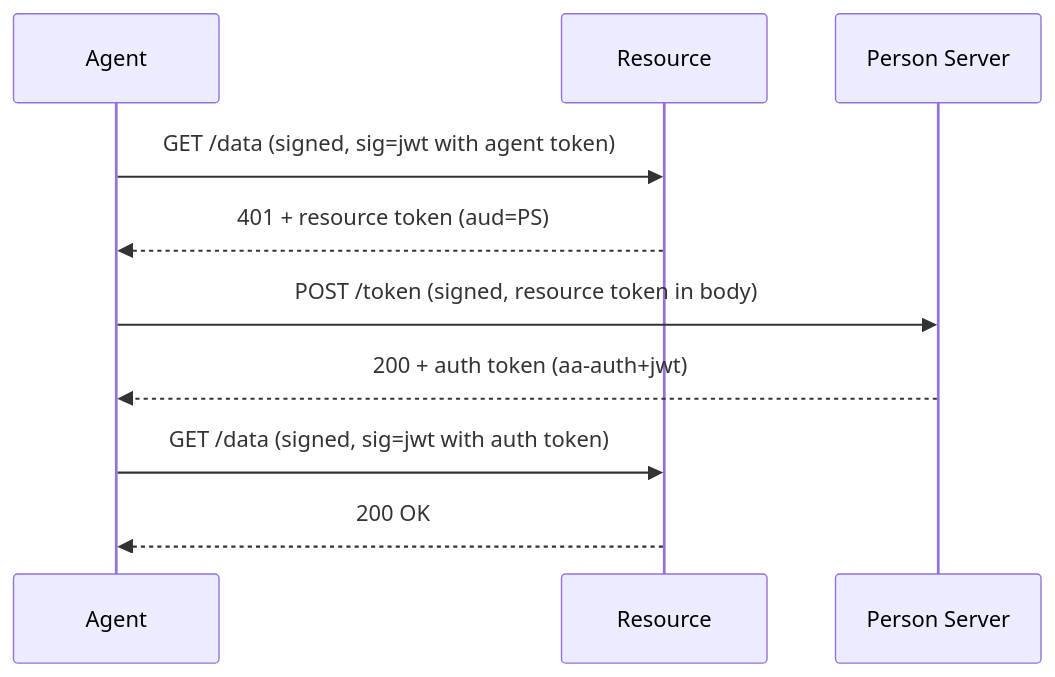
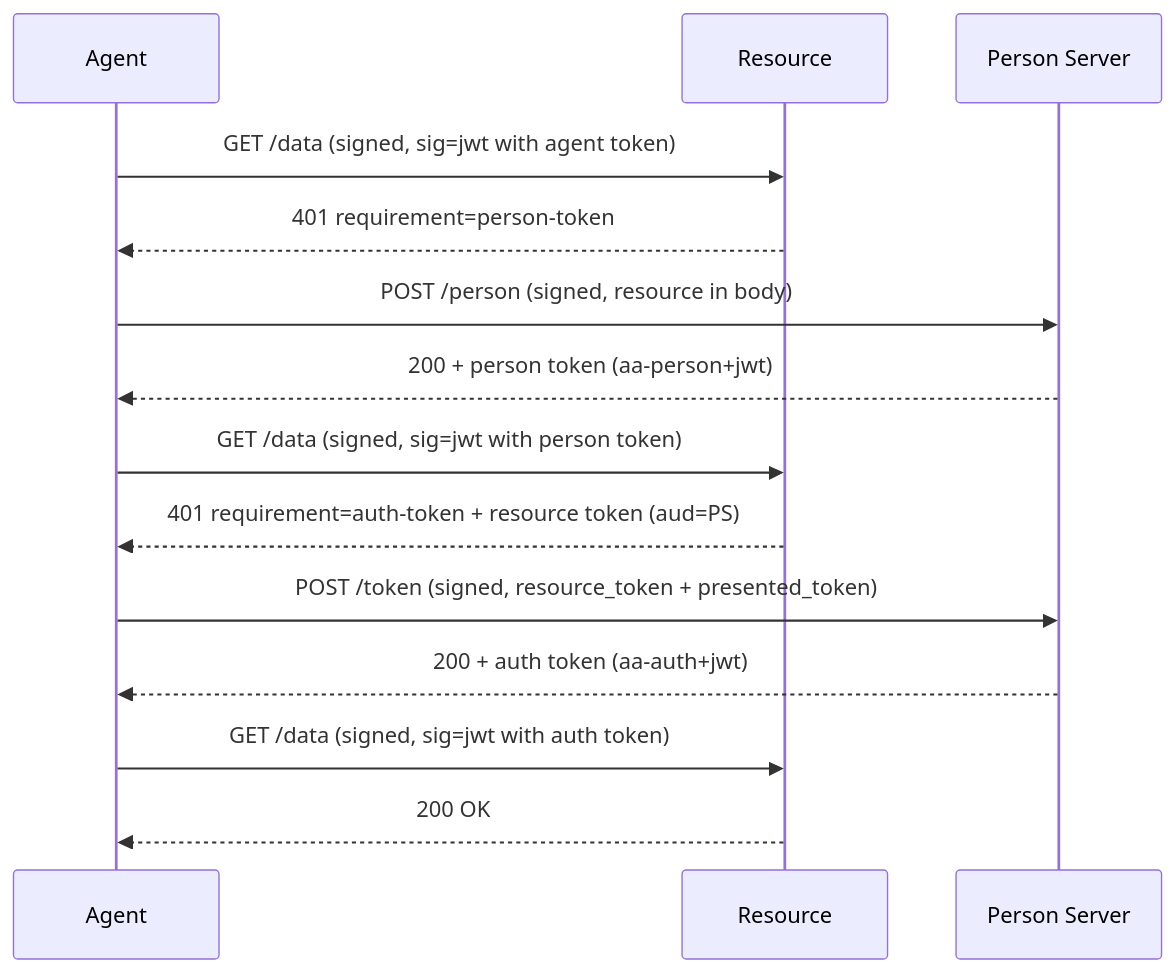
One commit to aauth-dev/dotnet-samples changed the diagram in docs/workflows/ps-asserted-access.md. Above: the diagram before and after it, drawn with Mermaid. The commit also changed other lines of this file and 26 other files, not shown here.

````diff
--- a/docs/workflows/ps-asserted-access.md
+++ b/docs/workflows/ps-asserted-access.md
@@ -11,12 +15,16 @@
 ```mermaid
 sequenceDiagram
     participant Agent
     participant Resource
     participant PS as Person Server
     Agent->>Resource: GET /data (signed, sig=jwt with agent token)
-    Resource-->>Agent: 401 + resource token (aud=PS)
-    Agent->>PS: POST /token (signed, resource token in body)
+    Resource-->>Agent: 401 requirement=person-token
+    Agent->>PS: POST /person (signed, resource in body)
+    PS-->>Agent: 200 + person token (aa-person+jwt)
+    Agent->>Resource: GET /data (signed, sig=jwt with person token)
+    Resource-->>Agent: 401 requirement=auth-token + resource token (aud=PS)
+    Agent->>PS: POST /token (signed, resource_token + presented_token)
     PS-->>Agent: 200 + auth token (aa-auth+jwt)
     Agent->>Resource: GET /data (signed, sig=jwt with auth token)
     Resource-->>Agent: 200 OK
 ```
````
